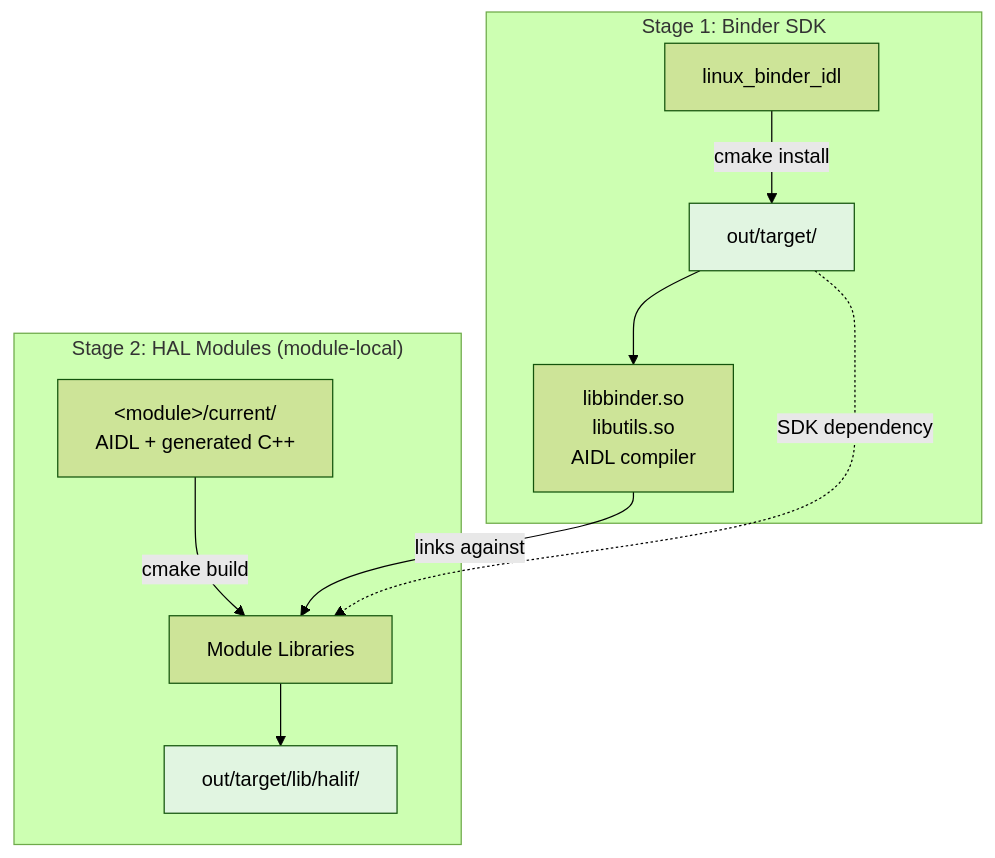
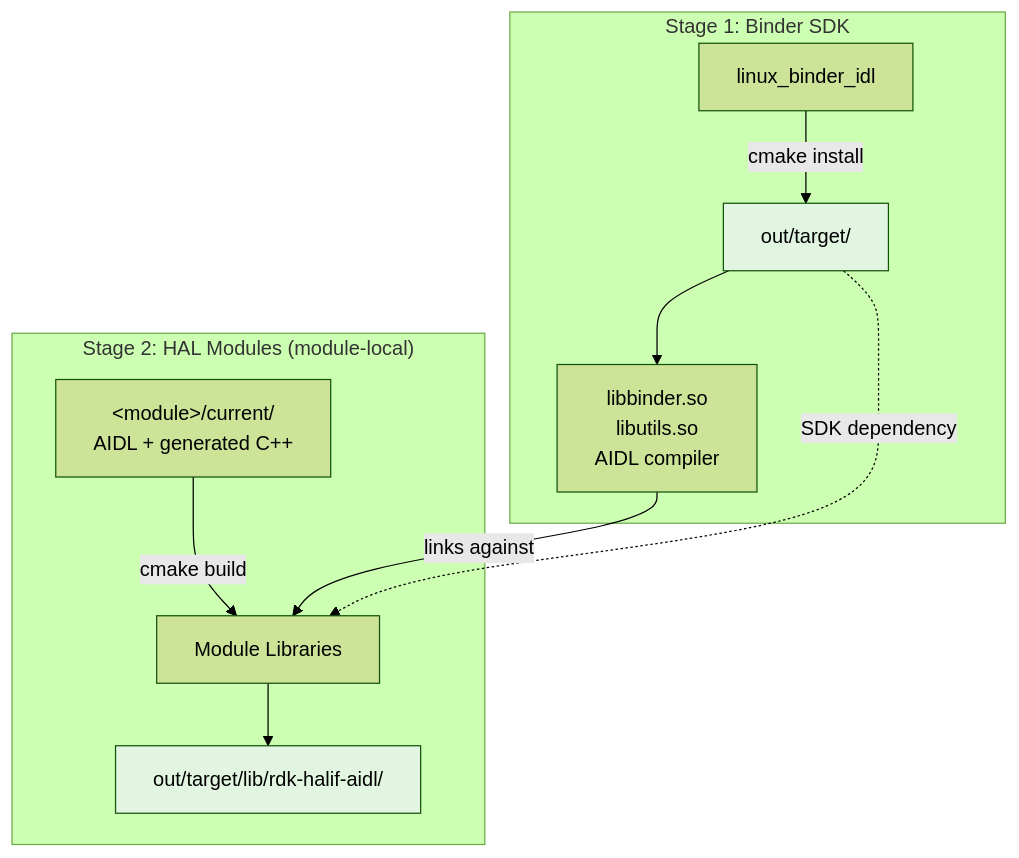
Before and after one commit to rdkcentral/rdk-halif-aidl: the diagram in README.md, drawn with Mermaid (forest theme). The commit also changed other lines of this file and 72 other files, not shown here.

````diff
--- a/README.md
+++ b/README.md
@@ -16,18 +16,18 @@
 ```mermaid
 graph TB
     subgraph "Stage 1: Binder SDK"
         A[linux_binder_idl] -->|cmake install| B[out/target/]
         B --> C[libbinder.so<br/>libutils.so<br/>AIDL compiler]
     end
 
     subgraph "Stage 2: HAL Modules (module-local)"
         D["&lt;module&gt;/current/<br/>AIDL + generated C++"] -->|cmake build| F[Module Libraries]
         C -->|links against| F
-        F --> G[out/target/lib/halif/]
+        F --> G[out/target/lib/rdk-halif-aidl/]
     end
 
     B -.->|SDK dependency| F
 
     style B fill:#e1f5e1
     style G fill:#e1f5e1
 ```
````
